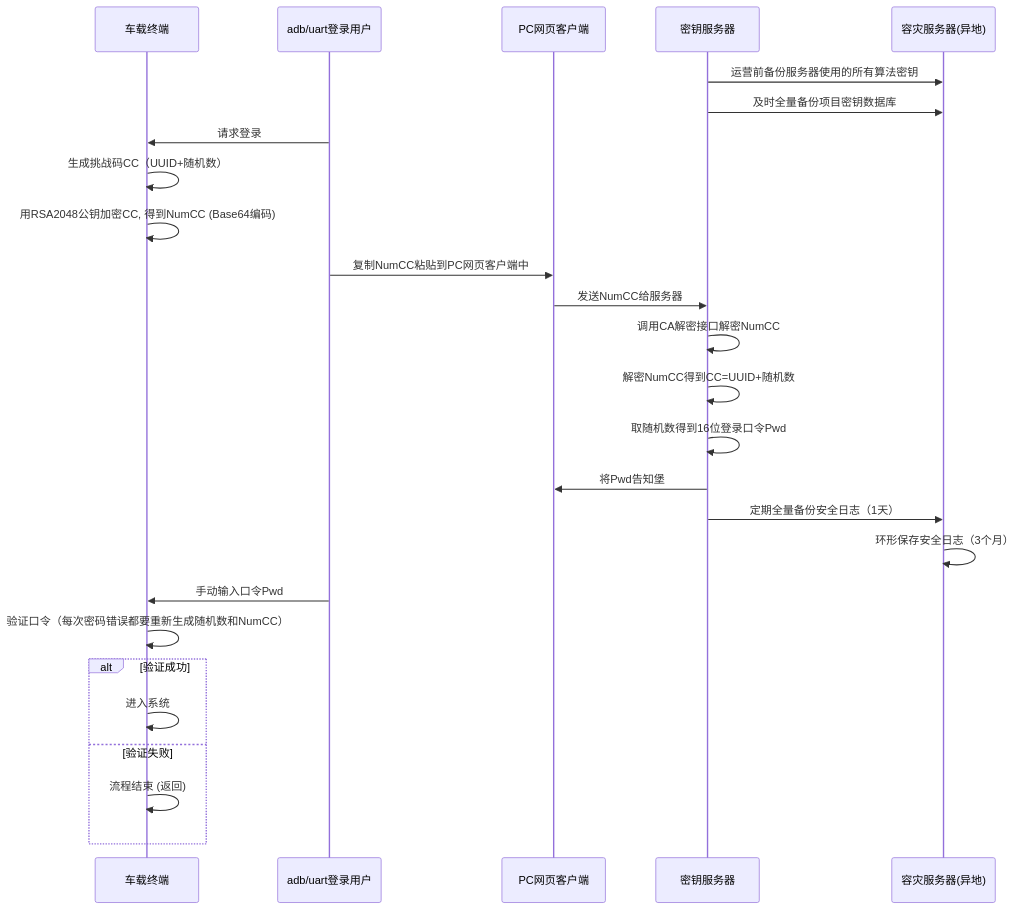
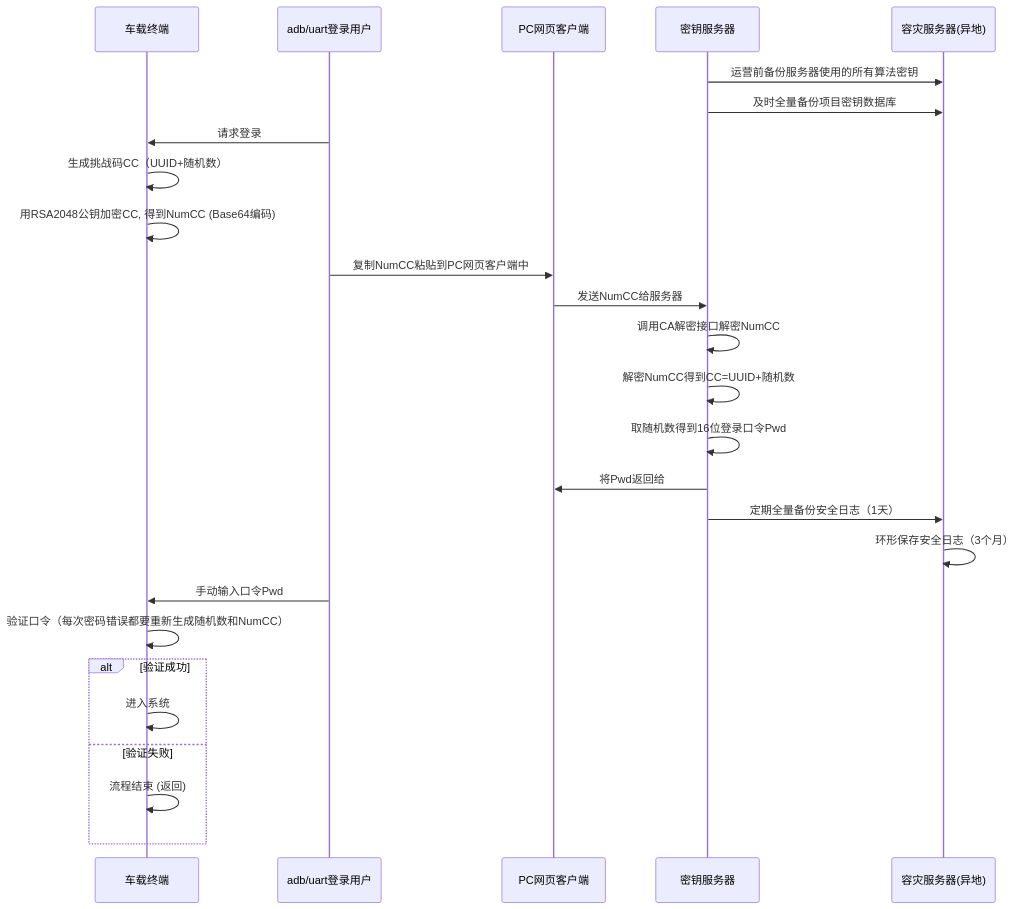
Before and after one commit to facebook-cloud/iodraw-files: the diagram in all/未命名-19.md, drawn with Mermaid.

Commit message:
2026-03-17 19:23:00 update

````diff
--- a/all/未命名-19.md
+++ b/all/未命名-19.md
@@ -1,33 +1,33 @@
 ```mermaid
 sequenceDiagram
     participant tbox as 车载终端
     participant user as adb/uart登录用户
     participant pc as PC网页客户端
     participant tech_center as 密钥服务器
     participant backup as 容灾服务器(异地)
   
     tech_center->>backup: 运营前备份服务器使用的所有算法密钥
     tech_center->>backup: 及时全量备份项目密钥数据库
 
     user->>tbox: 请求登录
     tbox->>tbox: 生成挑战码CC（UUID+随机数）
     tbox->>tbox: 用RSA2048公钥加密CC, 得到NumCC (Base64编码)
     user->>pc: 复制NumCC粘贴到PC网页客户端中
     pc->>tech_center: 发送NumCC给服务器
     tech_center->>tech_center: 调用CA解密接口解密NumCC
     tech_center->>tech_center: 解密NumCC得到CC=UUID+随机数
     tech_center->>tech_center: 取随机数得到16位登录口令Pwd
-    tech_center->>pc: 将Pwd告知堡
+    tech_center->>pc: 将Pwd返回给
 
     tech_center->>backup: 定期全量备份安全日志（1天）
     backup->>backup: 环形保存安全日志（3个月）
     user->>tbox: 手动输入口令Pwd
     tbox->>tbox: 验证口令（每次密码错误都要重新生成随机数和NumCC）
     alt 验证成功
         tbox->>tbox: 进入系统
     else 验证失败
         tbox->>tbox: 流程结束 (返回)
     end
 
 
 ```
````
